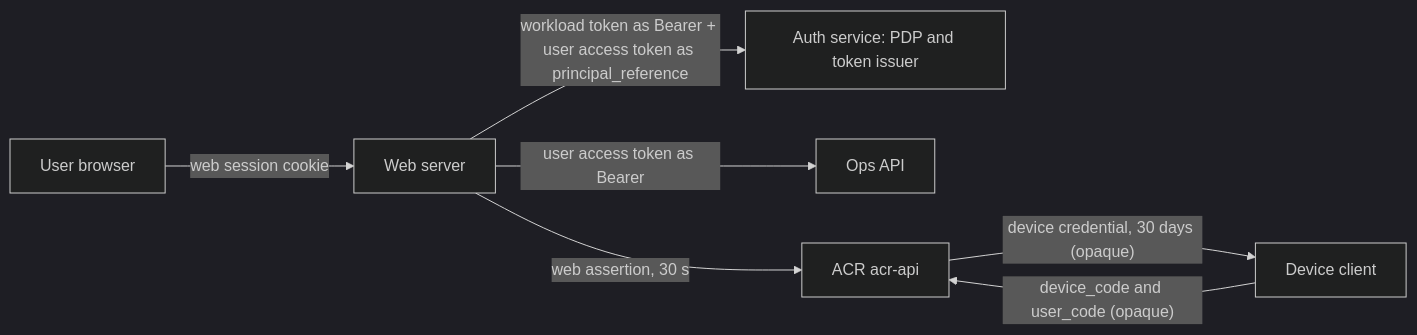
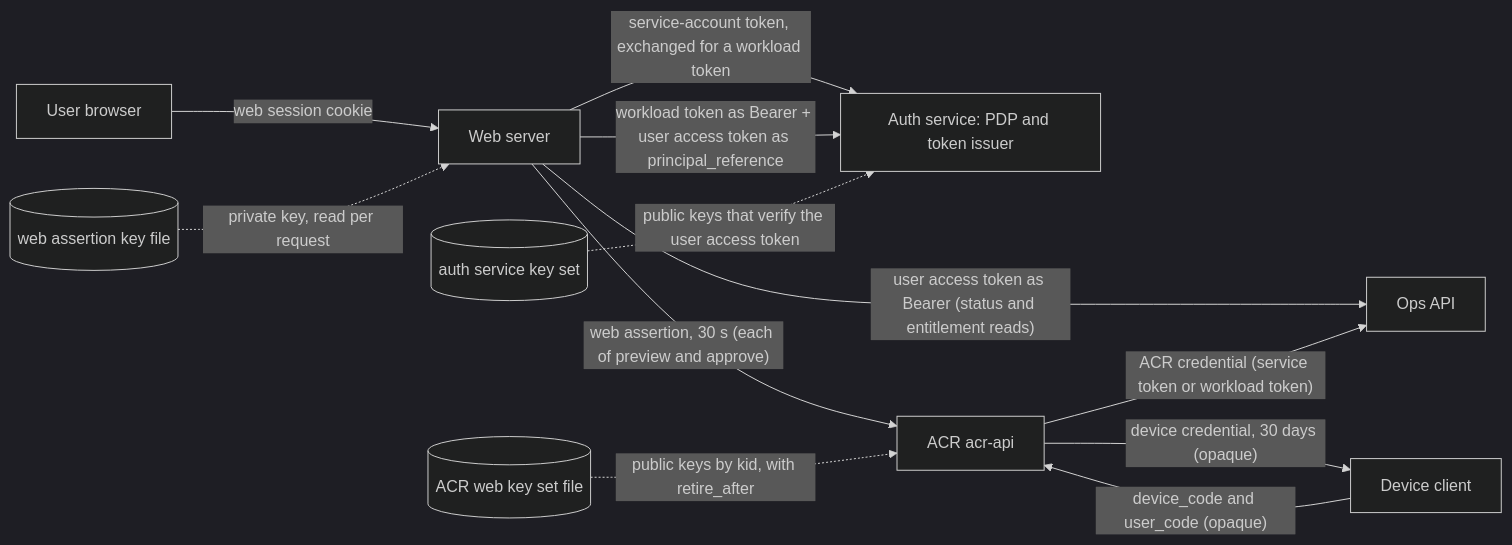
One commit to full-chaos/dev-health-web changed the second of 2 diagrams in docs/auth-acr-device-approval.md. Above: the diagram before and after it, drawn with Mermaid (dark theme). The commit also changed other lines of this file and 2 other files, not shown here.

Commit message:
docs(auth): fix the call order, name the session, refresh and service-account tokens and add the keys and settings

````diff
--- a/docs/auth-acr-device-approval.md
+++ b/docs/auth-acr-device-approval.md
@@ -54,16 +59,24 @@
 ```mermaid
 flowchart LR
     B[User browser]
     W[Web server]
     P[Auth service: PDP and token issuer]
     O[Ops API]
     A[ACR acr-api]
     D[Device client]
+    WK[(web assertion key file)]
+    AK[(ACR web key set file)]
+    PK[(auth service key set)]
 
     B -- "web session cookie" --> W
-    W -- "user access token as Bearer" --> O
+    W -- "user access token as Bearer (status and entitlement reads)" --> O
+    W -- "service-account token, exchanged for a workload token" --> P
     W -- "workload token as Bearer + user access token as principal_reference" --> P
-    W -- "web assertion, 30 s" --> A
+    W -- "web assertion, 30 s (each of preview and approve)" --> A
+    A -- "ACR credential (service token or workload token)" --> O
     D -- "device_code and user_code (opaque)" --> A
     A -- "device credential, 30 days (opaque)" --> D
+    WK -. "private key, read per request" .-> W
+    AK -. "public keys by kid, with retire_after" .-> A
+    PK -. "public keys that verify the user access token" .-> P
 ```
````
